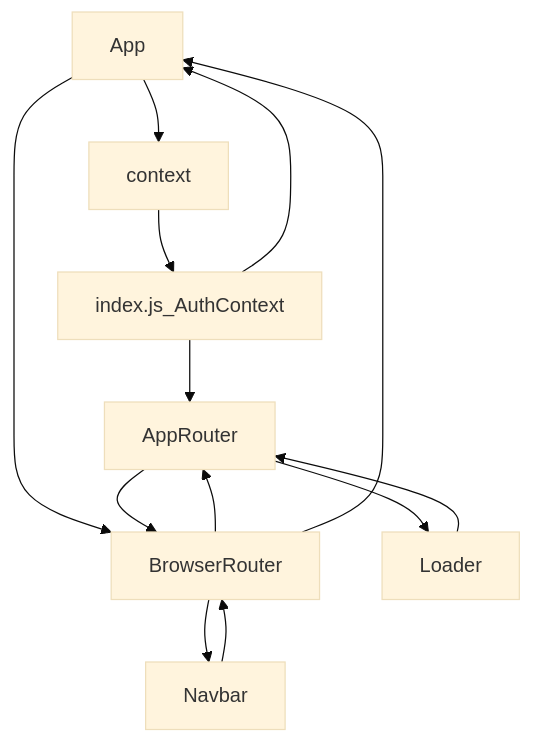
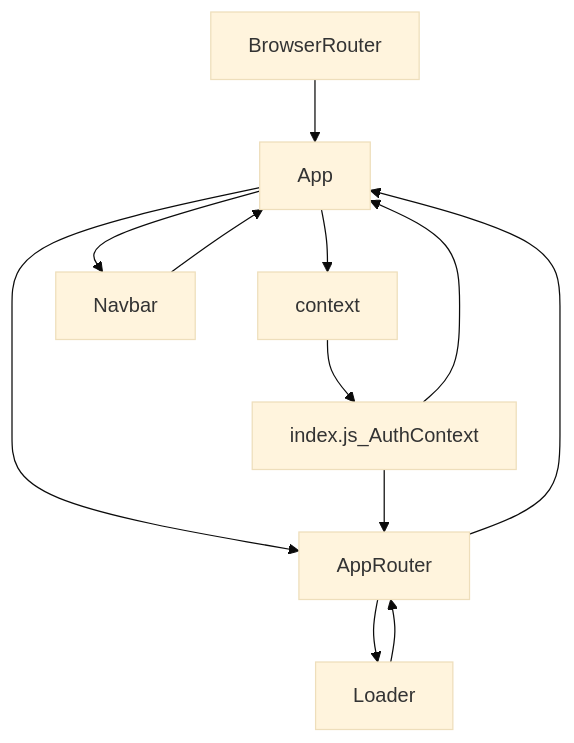
One commit to Freeze35/test-react-project changed the first of 2 diagrams in README.md. Above: the diagram before and after it, drawn with Mermaid (base theme).

````diff
--- a/README.md
+++ b/README.md
@@ -112,12 +112,12 @@
 ```mermaid
 graph TD;
    App-->context-->index.js_AuthContext-->App
-   App-->BrowserRouter-->Navbar
-   BrowserRouter-->AppRouter
-   Navbar-->BrowserRouter
-   AppRouter-->BrowserRouter
+   App-->Navbar
+   App-->AppRouter
+   Navbar-->App
+   AppRouter-->App
    BrowserRouter-->App
    index.js_AuthContext-->AppRouter
    AppRouter-->Loader
    Loader-->AppRouter
 ```
````
